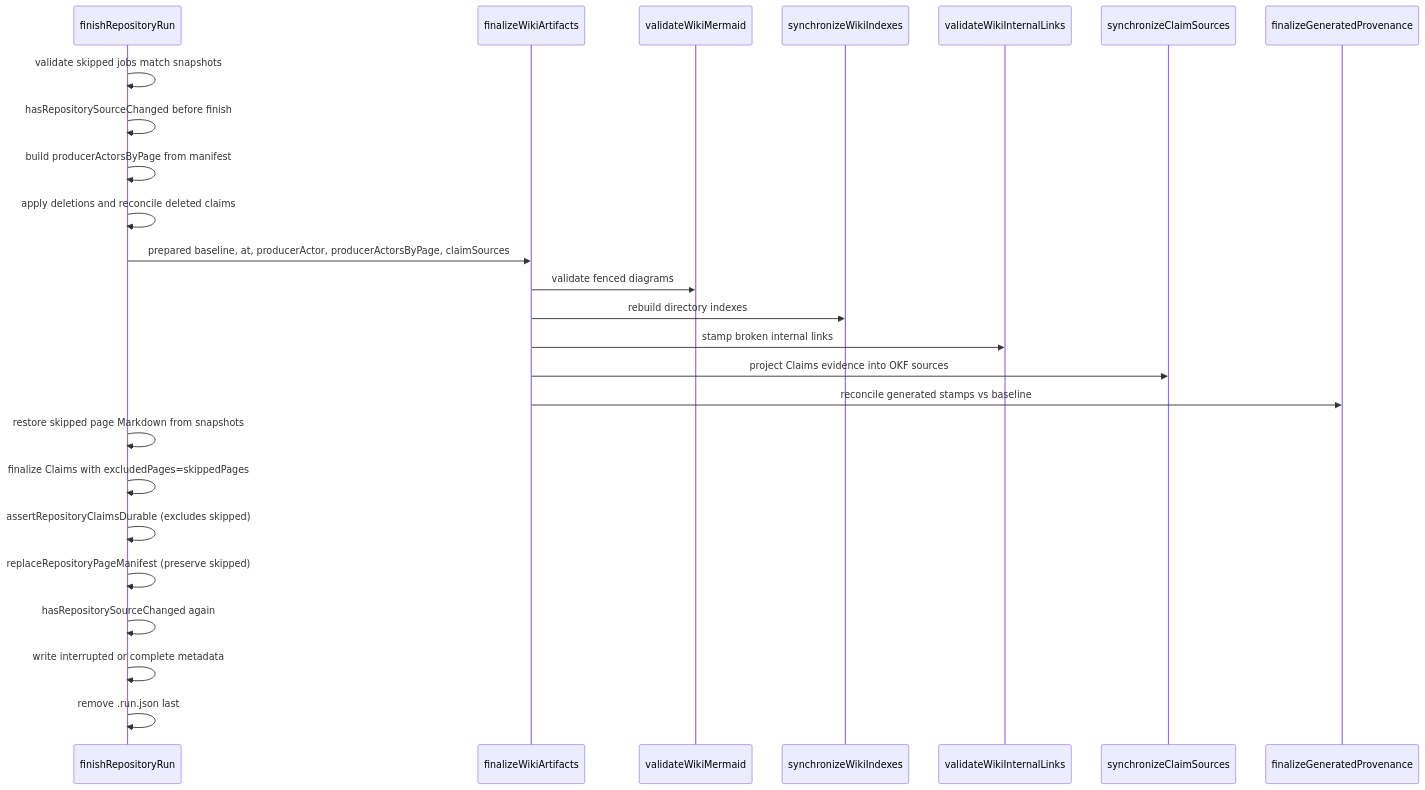
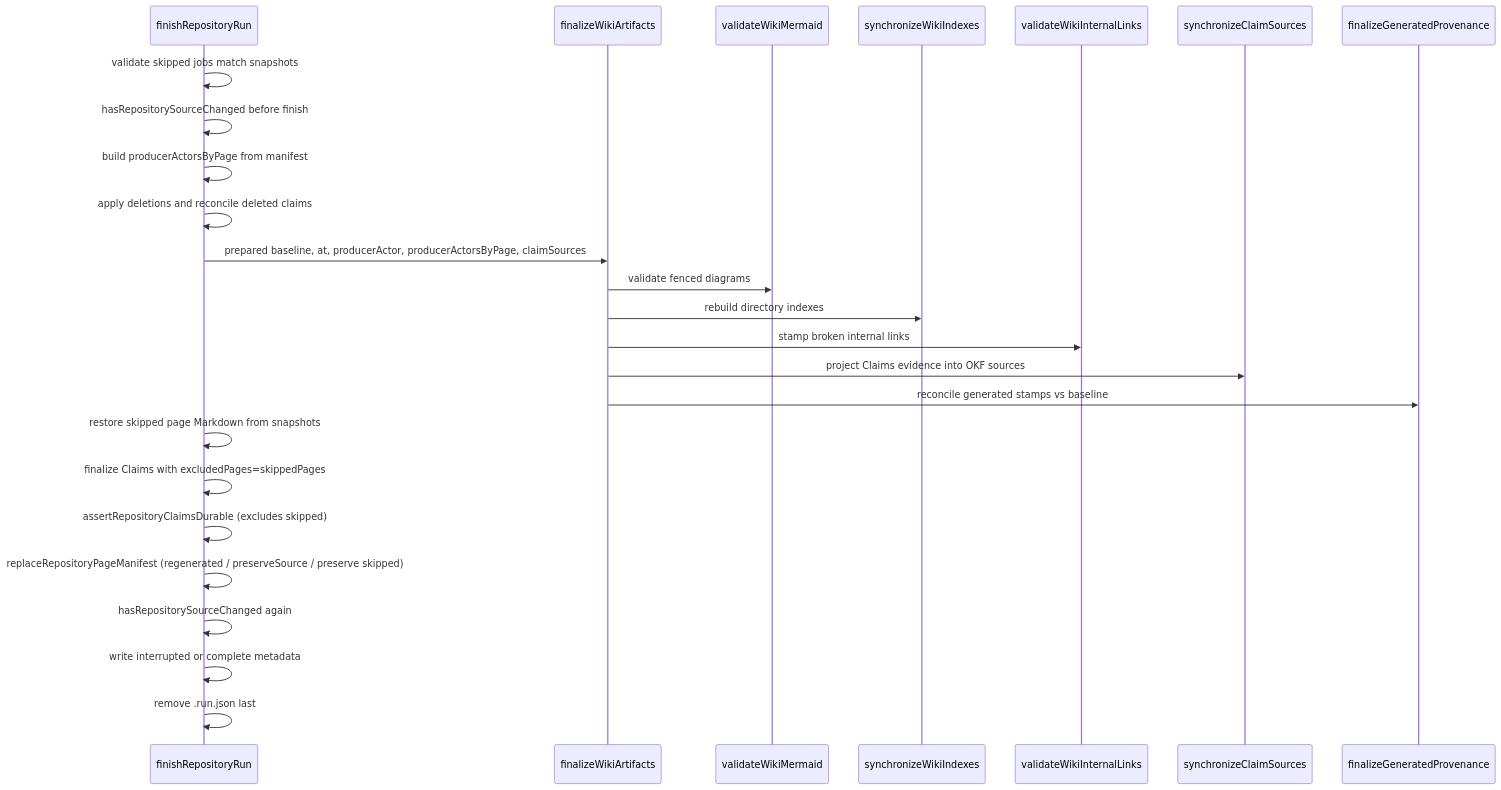
One commit to langchain-ai/openwiki changed the diagram in openwiki/workflows/wiki-finalization.md. Above: the diagram before and after it, drawn with Mermaid. The commit also changed other lines of this file and 30 other files, not shown here.

````diff
--- a/openwiki/workflows/wiki-finalization.md
+++ b/openwiki/workflows/wiki-finalization.md
@@ -70,27 +70,27 @@
 ```mermaid
 sequenceDiagram
     participant Caller as finishRepositoryRun
     participant Fin as finalizeWikiArtifacts
     participant Mermaid as validateWikiMermaid
     participant Index as synchronizeWikiIndexes
     participant LinkVal as validateWikiInternalLinks
     participant Claims as synchronizeClaimSources
     participant Prov as finalizeGeneratedProvenance
     Caller->>Caller: validate skipped jobs match snapshots
     Caller->>Caller: hasRepositorySourceChanged before finish
     Caller->>Caller: build producerActorsByPage from manifest
     Caller->>Caller: apply deletions and reconcile deleted claims
     Caller->>Fin: prepared baseline, at, producerActor, producerActorsByPage, claimSources
     Fin->>Mermaid: validate fenced diagrams
     Fin->>Index: rebuild directory indexes
     Fin->>LinkVal: stamp broken internal links
     Fin->>Claims: project Claims evidence into OKF sources
     Fin->>Prov: reconcile generated stamps vs baseline
     Caller->>Caller: restore skipped page Markdown from snapshots
     Caller->>Caller: finalize Claims with excludedPages=skippedPages
     Caller->>Caller: assertRepositoryClaimsDurable (excludes skipped)
-    Caller->>Caller: replaceRepositoryPageManifest (preserve skipped)
+    Caller->>Caller: replaceRepositoryPageManifest (regenerated / preserveSource / preserve skipped)
     Caller->>Caller: hasRepositorySourceChanged again
     Caller->>Caller: write interrupted or complete metadata
     Caller->>Caller: remove .run.json last
 ```
````
